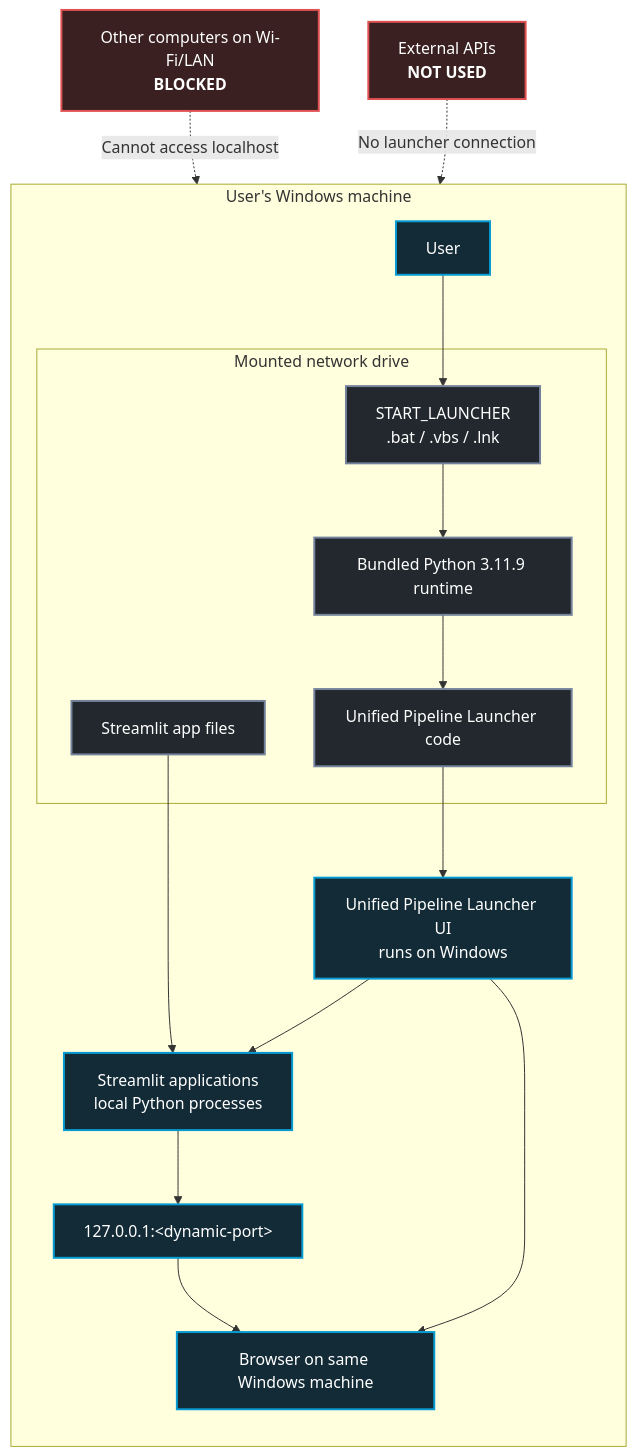
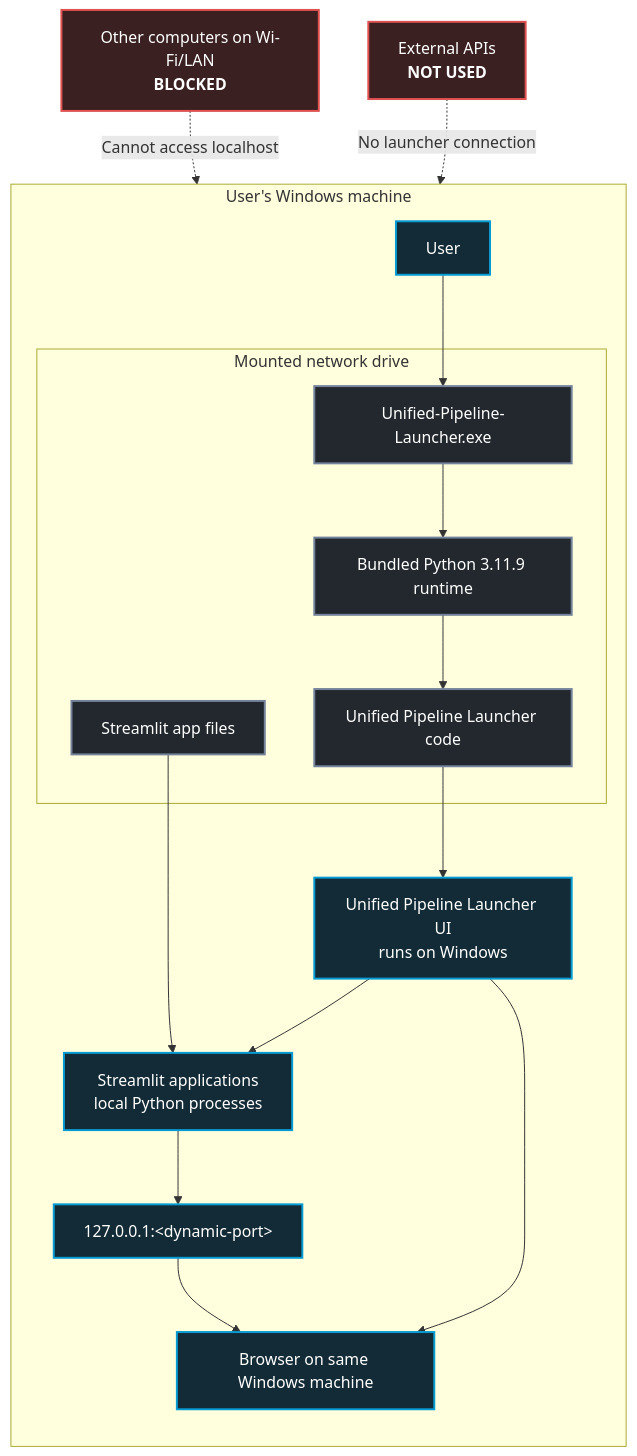
Before and after one commit to vinayvaida27/Unified-Pipeline-Launcher: the first of 2 diagrams in README.md, drawn with Mermaid. The commit also changed other lines of this file and 10 other files, not shown here.

Commit message:
feat: add branded executable installer and repair flow

````diff
--- a/README.md
+++ b/README.md
@@ -299,30 +291,30 @@
 ```mermaid
 flowchart TB
     USER["User"]
     subgraph WIN["User's Windows machine"]
         direction TB
         subgraph DRIVE["Mounted network drive"]
-            START["START_LAUNCHER<br/>.bat / .vbs / .lnk"]
+            START["Unified-Pipeline-Launcher.exe"]
             APPFILES["Streamlit app files"]
             CODE["Unified Pipeline Launcher code"]
             PY["Bundled Python 3.11.9 runtime"]
         end
         USER --> START
         START --> PY --> CODE --> UI["Unified Pipeline Launcher UI<br/>runs on Windows"]
         APPFILES --> APPS["Streamlit applications<br/>local Python processes"]
         UI --> APPS
         APPS --> LOCAL["127.0.0.1:&lt;dynamic-port&gt;"]
         LOCAL --> BROWSER["Browser on same Windows machine"]
         UI --> BROWSER
     end
     LAN["Other computers on Wi-Fi/LAN<br/><b>BLOCKED</b>"]
     API["External APIs<br/><b>NOT USED</b>"]
     LAN -. "Cannot access localhost" .-> LOCAL
     API -. "No launcher connection" .-> WIN
     classDef local fill:#132b36,stroke:#079bd3,color:#fff,stroke-width:2px;
     classDef drive fill:#22282d,stroke:#74829b,color:#fff,stroke-width:2px;
     classDef blocked fill:#3a2020,stroke:#e05252,color:#fff,stroke-width:2px;
     class USER,UI,APPS,LOCAL,BROWSER local;
     class START,APPFILES,CODE,PY drive;
     class LAN,API blocked;
 ```
````
